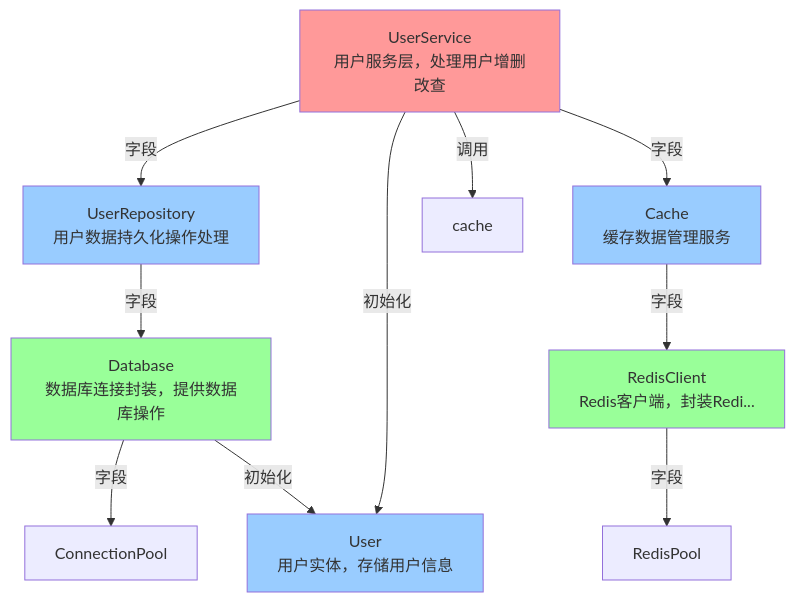
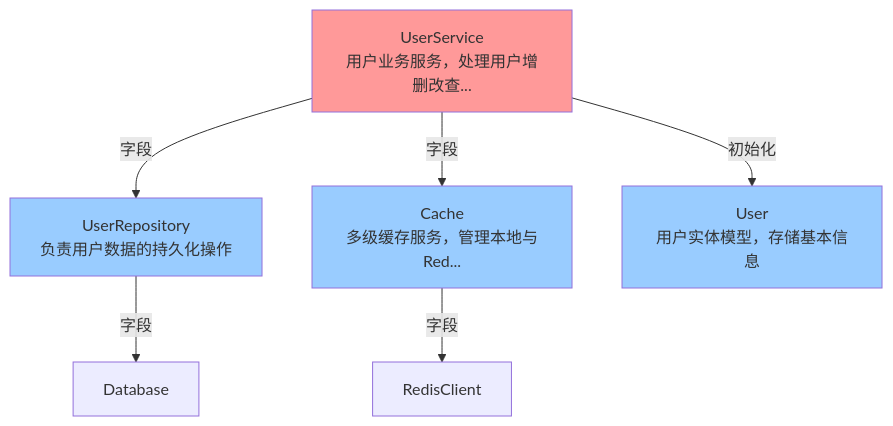
The diagram in analysis_report.md (qs3c/anal_go_agent), drawn with Mermaid before and after one commit. The commit also changed other lines of this file and 9 other files, not shown here.

````diff
--- a/analysis_report.md
+++ b/analysis_report.md
@@ -217,26 +149,18 @@
 ```mermaid
 graph TD
-    UserService["UserService<br/>用户服务层，处理用户增删改查"]
-    UserRepository["UserRepository<br/>用户数据持久化操作处理"]
-    Cache["Cache<br/>缓存数据管理服务"]
-    User["User<br/>用户实体，存储用户信息"]
-    Database["Database<br/>数据库连接封装，提供数据库操作"]
-    RedisClient["RedisClient<br/>Redis客户端，封装Redi..."]
+    UserService["UserService<br/>用户业务服务，处理用户增删改查..."]
+    UserRepository["UserRepository<br/>负责用户数据的持久化操作"]
+    Cache["Cache<br/>多级缓存服务，管理本地与Red..."]
+    User["User<br/>用户实体模型，存储基本信息"]
 
     UserService -->|字段| UserRepository
     UserService -->|字段| Cache
     UserService -->|初始化| User
-    UserService -->|调用| cache
     UserRepository -->|字段| Database
     Cache -->|字段| RedisClient
-    Database -->|字段| ConnectionPool
-    Database -->|初始化| User
-    RedisClient -->|字段| RedisPool
 
     style UserService fill:#ff9999
     style UserRepository fill:#99ccff
     style Cache fill:#99ccff
     style User fill:#99ccff
-    style Database fill:#99ff99
-    style RedisClient fill:#99ff99
 ```
````
